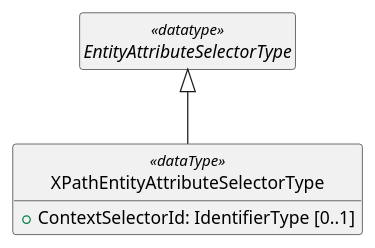
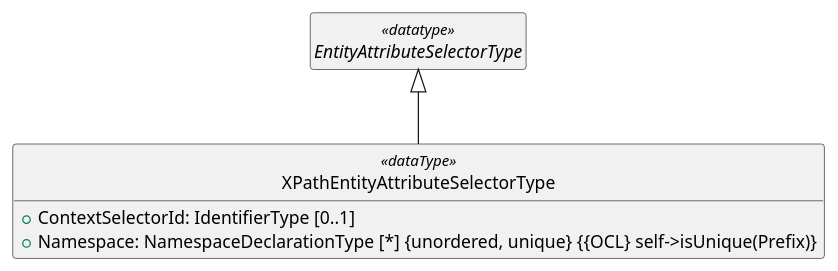
One commit to oasis-tcs/xacml-spec changed the fourth of 5 diagrams in acal-xpath-v1.0.md. Above: the diagram before and after it, drawn with PlantUML. The commit also changed other lines of this file and 21 other files, not shown here.

````diff
--- a/acal-xpath-v1.0.md
+++ b/acal-xpath-v1.0.md
@@ -578,10 +532,11 @@
 ```plantuml
 @startuml
 hide empty members 
 hide circle
 abstract class EntityAttributeSelectorType <<datatype>>
 class XPathEntityAttributeSelectorType <<dataType>> extends EntityAttributeSelectorType {
    + ContextSelectorId: IdentifierType [0..1]
+   {field} + Namespace: NamespaceDeclarationType [*] {unordered, unique} {{OCL} self->isUnique(Prefix)}
 }
 @enduml
 ```
````
